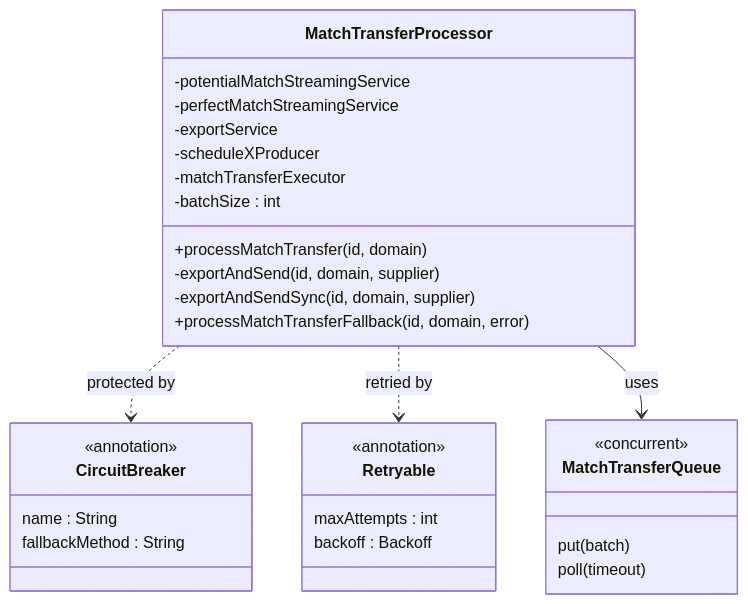
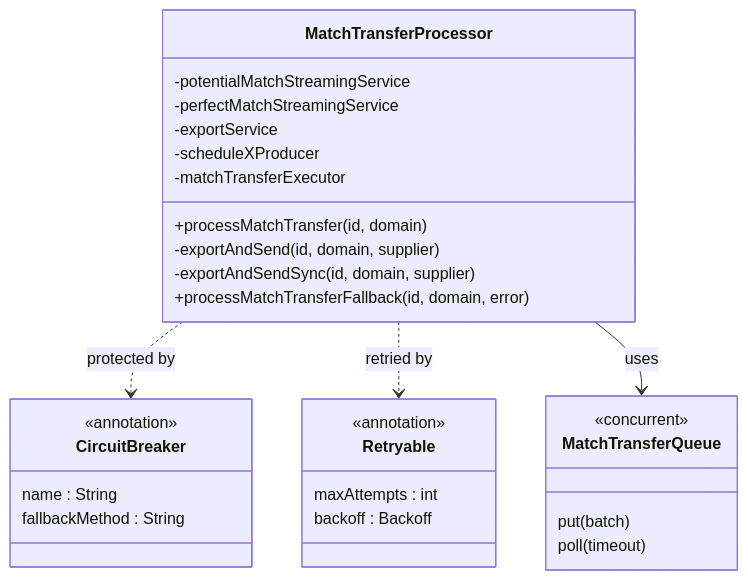
The sixth of 9 diagrams in docs/Low Level Designs/MatchesTransfer.md (kagit00/schedule_x), drawn with Mermaid before and after one commit. The commit also changed other lines of this file and 7 other files, not shown here.

````diff
--- a/docs/Low Level Designs/MatchesTransfer.md
+++ b/docs/Low Level Designs/MatchesTransfer.md
@@ -294,38 +235,37 @@
 ```mermaid
 classDiagram
     class MatchTransferProcessor {
         -potentialMatchStreamingService
         -perfectMatchStreamingService
         -exportService
         -scheduleXProducer
         -matchTransferExecutor
-        -batchSize : int
         +processMatchTransfer(id, domain)
         -exportAndSend(id, domain, supplier)
         -exportAndSendSync(id, domain, supplier)
         +processMatchTransferFallback(id, domain, error)
     }
 
     class CircuitBreaker {
         <<annotation>>
         name : String
         fallbackMethod : String
     }
 
     class Retryable {
         <<annotation>>
         maxAttempts : int
         backoff : Backoff
     }
 
     class MatchTransferQueue {
         <<concurrent>>
         put(batch)
         poll(timeout)
     }
 
     MatchTransferProcessor ..> CircuitBreaker : protected by
     MatchTransferProcessor ..> Retryable : retried by
     MatchTransferProcessor --> MatchTransferQueue : uses
 
 ```
````
